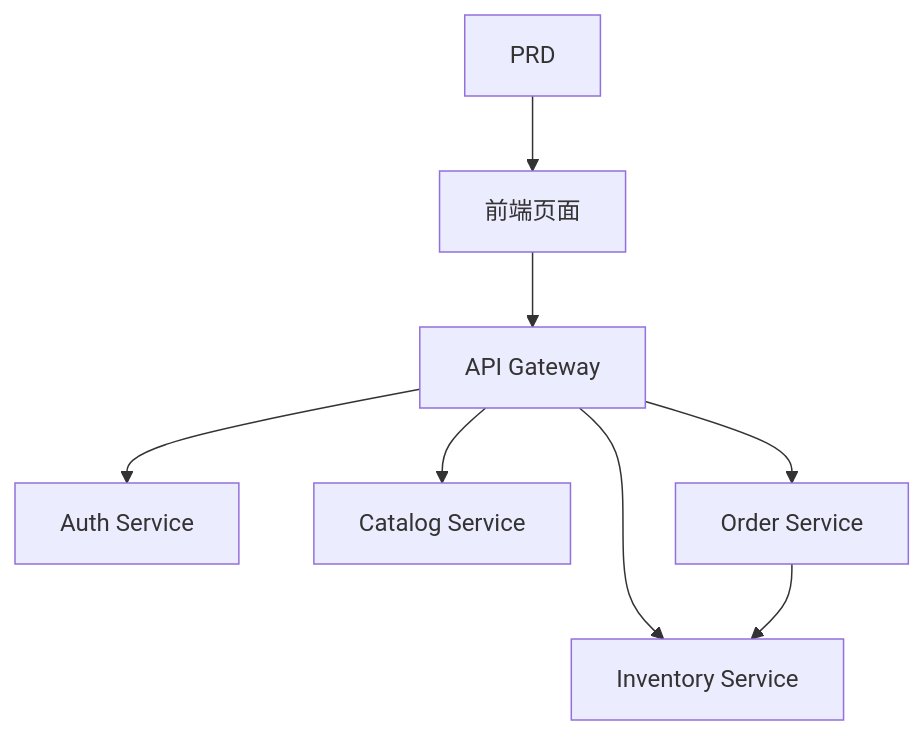
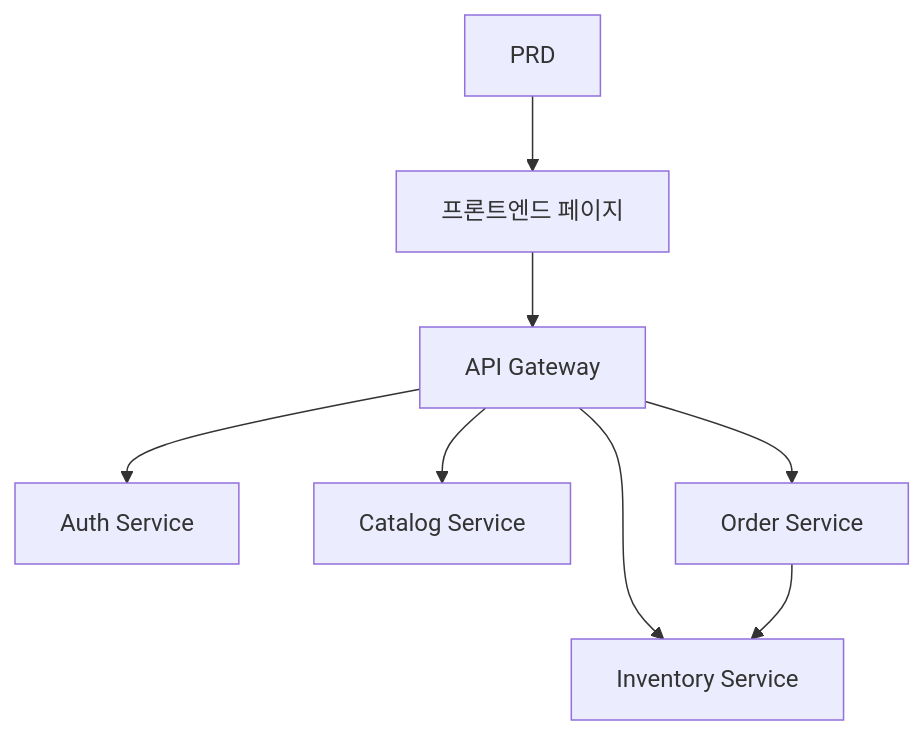
Before and after one commit to sketchymonk/easy-vibe: the diagram in docs/ko-kr/stage-2/assignments/simple-grocery-microservices/index.md, drawn with Mermaid. The commit also changed other lines of this file and 59 other files, not shown here.

````diff
--- a/docs/ko-kr/stage-2/assignments/simple-grocery-microservices/index.md
+++ b/docs/ko-kr/stage-2/assignments/simple-grocery-microservices/index.md
@@ -79,10 +79,10 @@
 ```mermaid
 flowchart TD
-  prd["PRD"] --> fe["前端页面"]
+  prd["PRD"] --> fe["프론트엔드 페이지"]
   fe --> gw["API Gateway"]
   gw --> auth["Auth Service"]
   gw --> catalog["Catalog Service"]
   gw --> inventory["Inventory Service"]
   gw --> order["Order Service"]
   order --> inventory
 ```
````
